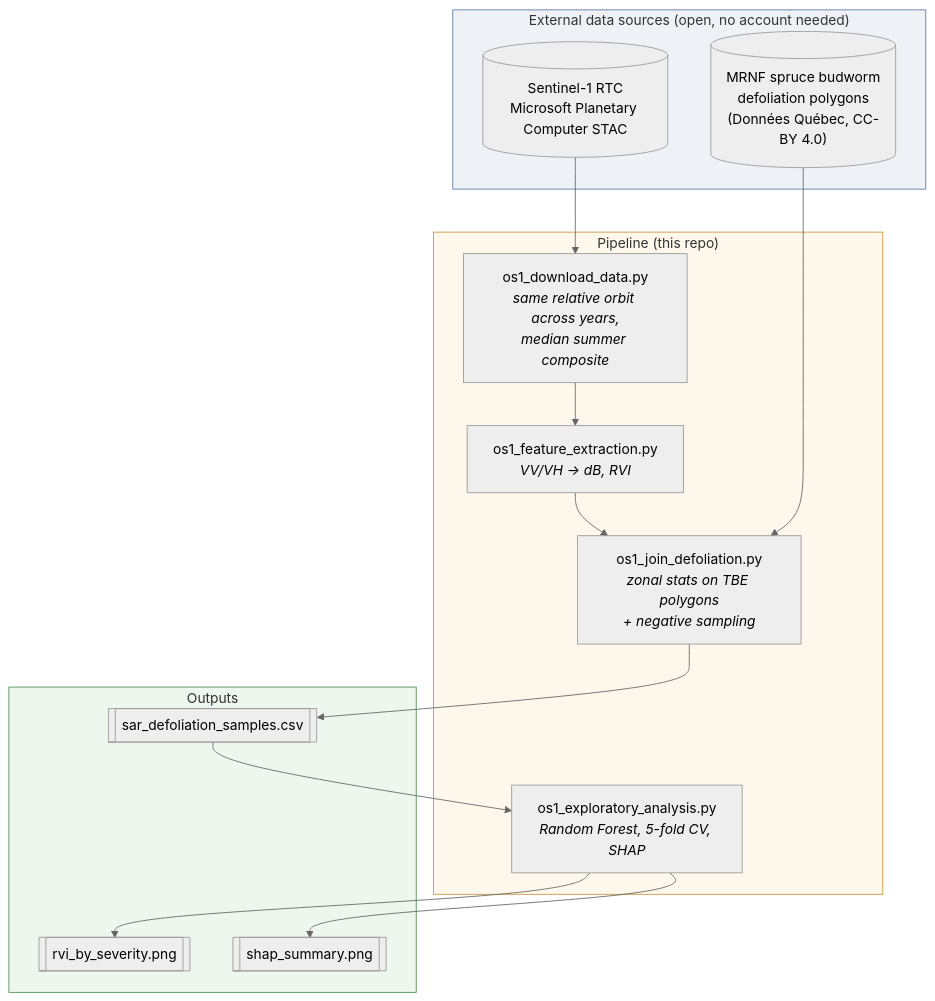
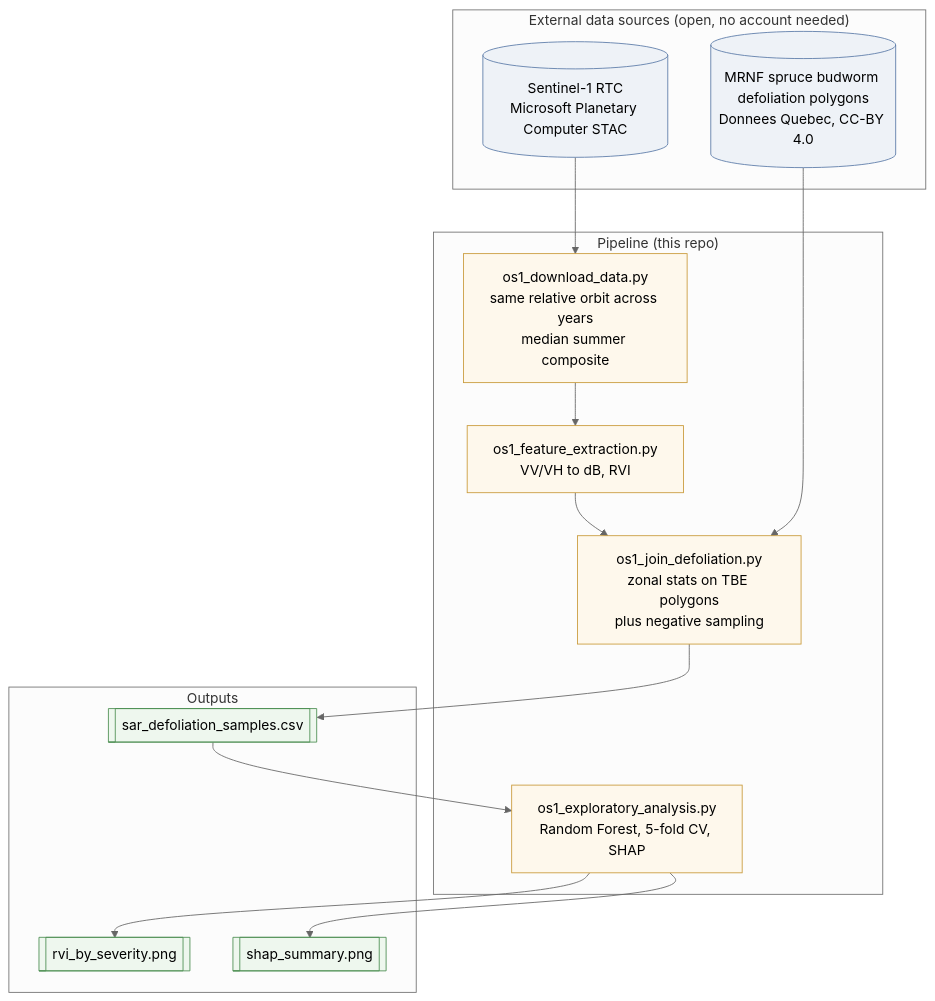
Before and after one commit to mamadou-g-diallo/sar-tbe-defoliation: the diagram in README.md, drawn with Mermaid (neutral theme).

Commit message:
Fix Mermaid diagram rendering error on GitHub
style applied directly to subgraph IDs (style Sources/Pipeline/Outputs
fill:...) is a known trigger for GitHub's Mermaid renderer crashing with
"Cannot read properties of undefined (reading 'render')". Replaced with
classDef + class assignments on the actual nodes, which is the more
broadly supported way to color-code a flowchart. Also dropped <i> tags
and a couple of special characters in labels as a precaution.

````diff
--- a/README.md
+++ b/README.md
@@ -95,29 +95,32 @@
 ```mermaid
 flowchart TD
     subgraph Sources["External data sources (open, no account needed)"]
         S1[("Sentinel-1 RTC<br/>Microsoft Planetary Computer STAC")]
-        TBE[("MRNF spruce budworm<br/>defoliation polygons<br/>(Données Québec, CC-BY 4.0)")]
+        TBE[("MRNF spruce budworm defoliation polygons<br/>Donnees Quebec, CC-BY 4.0")]
     end
 
     subgraph Pipeline["Pipeline (this repo)"]
-        A["os1_download_data.py<br/><i>same relative orbit across years,<br/>median summer composite</i>"]
-        B["os1_feature_extraction.py<br/><i>VV/VH → dB, RVI</i>"]
-        C["os1_join_defoliation.py<br/><i>zonal stats on TBE polygons<br/>+ negative sampling</i>"]
-        D["os1_exploratory_analysis.py<br/><i>Random Forest, 5-fold CV, SHAP</i>"]
+        A["os1_download_data.py<br/>same relative orbit across years<br/>median summer composite"]
+        B["os1_feature_extraction.py<br/>VV/VH to dB, RVI"]
+        C["os1_join_defoliation.py<br/>zonal stats on TBE polygons<br/>plus negative sampling"]
+        D["os1_exploratory_analysis.py<br/>Random Forest, 5-fold CV, SHAP"]
     end
 
     subgraph Outputs["Outputs"]
         R1[["sar_defoliation_samples.csv"]]
         R2[["rvi_by_severity.png"]]
         R3[["shap_summary.png"]]
     end
 
     S1 --> A --> B --> C
     TBE --> C
     C --> R1 --> D --> R2
     D --> R3
 
-    style Sources fill:#eef2f7,stroke:#5b7ba8
-    style Pipeline fill:#fef8ec,stroke:#c99a3a
-    style Outputs fill:#eef7ee,stroke:#4c8f52
+    classDef sourceStyle fill:#eef2f7,stroke:#5b7ba8
+    classDef pipelineStyle fill:#fef8ec,stroke:#c99a3a
+    classDef outputStyle fill:#eef7ee,stroke:#4c8f52
+    class S1,TBE sourceStyle
+    class A,B,C,D pipelineStyle
+    class R1,R2,R3 outputStyle
 ```
````
